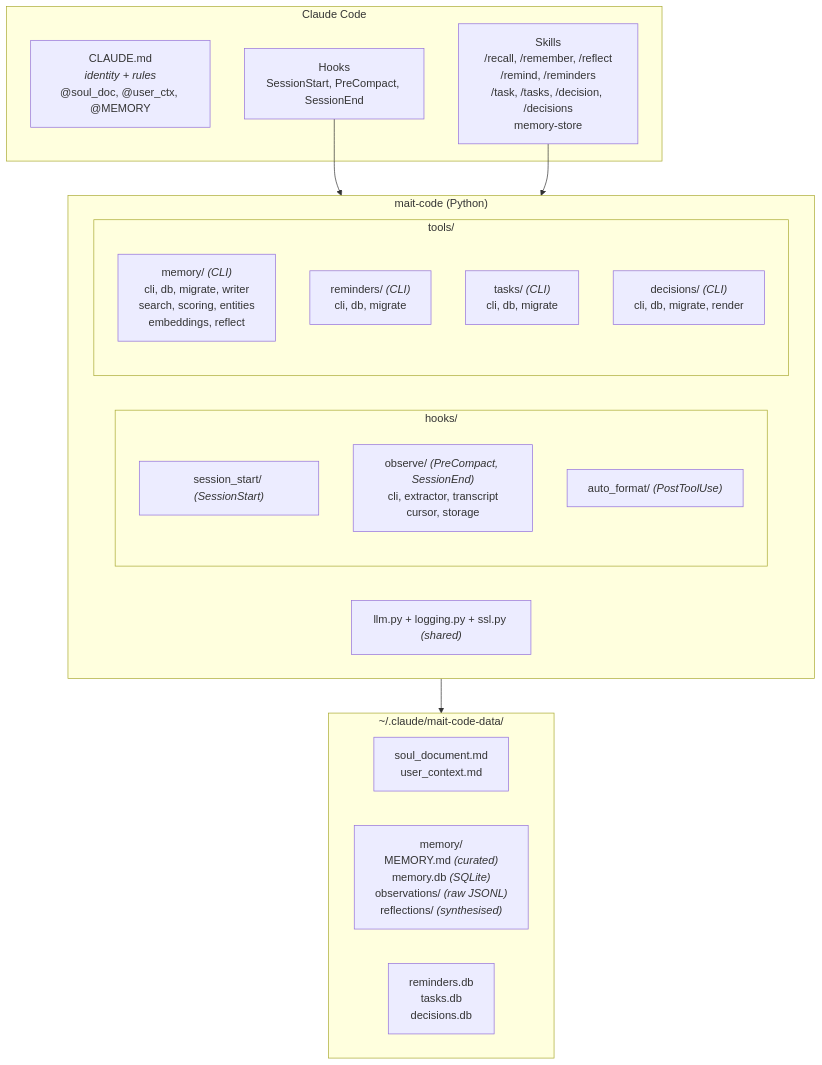
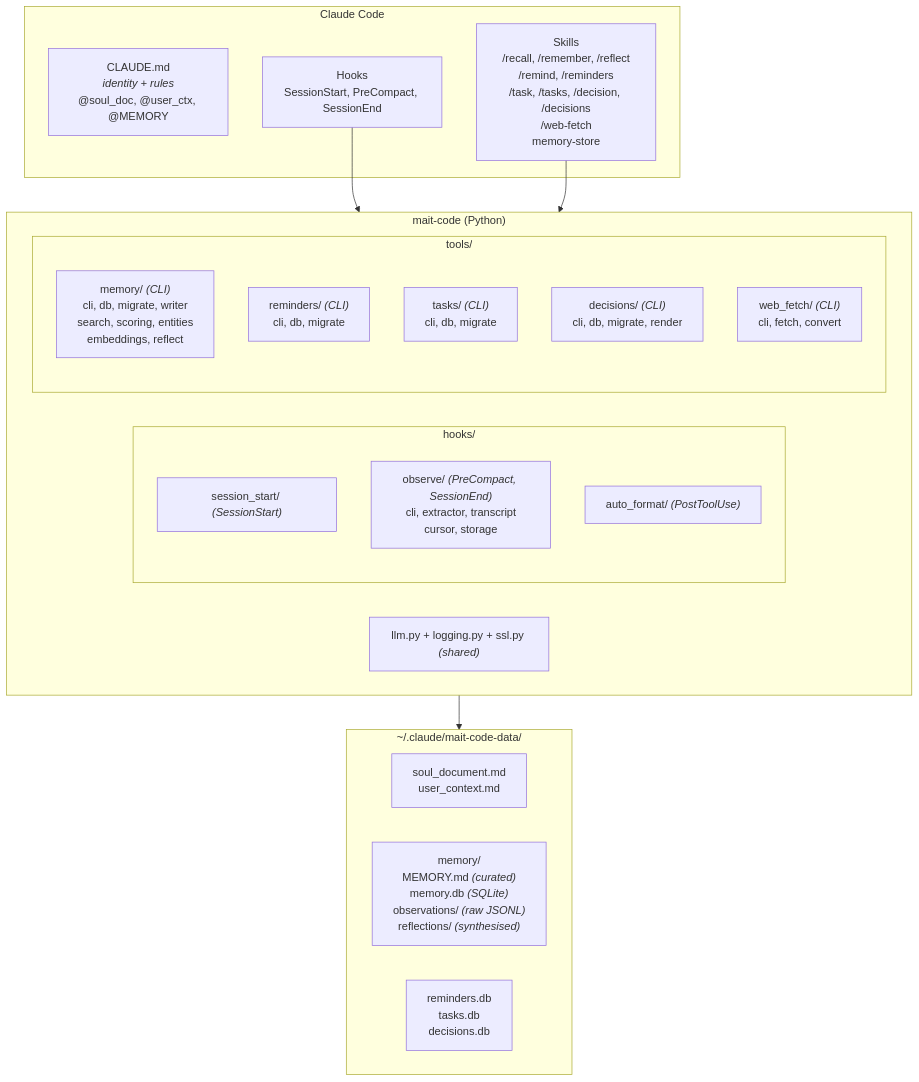
The first of 4 diagrams in docs/architecture.md (wiktordepina/mait-code), drawn with Mermaid before and after one commit. The commit also changed other lines of this file and 15 other files, not shown here.

First line of the commit message:
feat: add web fetch tool, fix embedding tests, add CI workflow

````diff
--- a/docs/architecture.md
+++ b/docs/architecture.md
@@ -14,33 +14,34 @@
 ```mermaid
 graph TD
     subgraph claude_code ["Claude Code"]
         CLAUDE_MD["CLAUDE.md<br/><i>identity + rules</i><br/>@soul_doc, @user_ctx, @MEMORY"]
         HOOKS["Hooks<br/>SessionStart, PreCompact, SessionEnd"]
-        SKILLS["Skills<br/>/recall, /remember, /reflect<br/>/remind, /reminders<br/>/task, /tasks, /decision, /decisions<br/>memory-store"]
+        SKILLS["Skills<br/>/recall, /remember, /reflect<br/>/remind, /reminders<br/>/task, /tasks, /decision, /decisions<br/>/web-fetch<br/>memory-store"]
     end
 
     subgraph mait_code ["mait-code (Python)"]
         subgraph hooks_pkg ["hooks/"]
             session_start["session_start/ <i>(SessionStart)</i>"]
             observe["observe/ <i>(PreCompact, SessionEnd)</i><br/>cli, extractor, transcript<br/>cursor, storage"]
             auto_format["auto_format/ <i>(PostToolUse)</i>"]
         end
         subgraph tools_pkg ["tools/"]
             memory_tool["memory/ <i>(CLI)</i><br/>cli, db, migrate, writer<br/>search, scoring, entities<br/>embeddings, reflect"]
             reminders_tool["reminders/ <i>(CLI)</i><br/>cli, db, migrate"]
             tasks_tool["tasks/ <i>(CLI)</i><br/>cli, db, migrate"]
             decisions_tool["decisions/ <i>(CLI)</i><br/>cli, db, migrate, render"]
+            web_fetch_tool["web_fetch/ <i>(CLI)</i><br/>cli, fetch, convert"]
         end
         shared["llm.py + logging.py + ssl.py <i>(shared)</i>"]
     end
 
     subgraph data_dir ["~/.claude/mait-code-data/"]
         identity["soul_document.md<br/>user_context.md"]
         memory_store["memory/<br/>MEMORY.md <i>(curated)</i><br/>memory.db <i>(SQLite)</i><br/>observations/ <i>(raw JSONL)</i><br/>reflections/ <i>(synthesised)</i>"]
         other_dbs["reminders.db<br/>tasks.db<br/>decisions.db"]
     end
 
     HOOKS --> mait_code
     SKILLS --> mait_code
     mait_code --> data_dir
 ```
````
